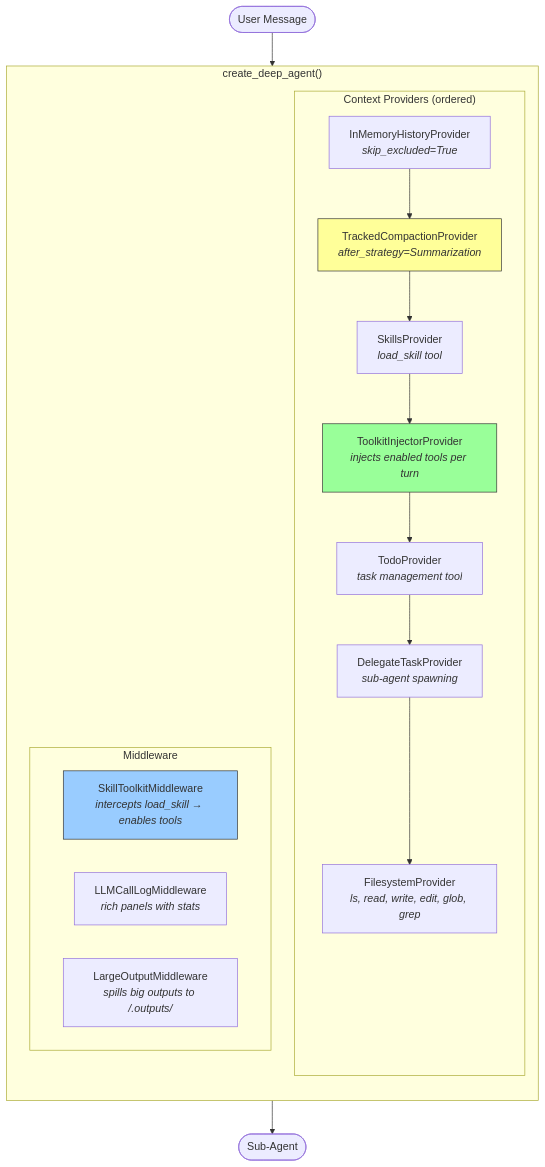
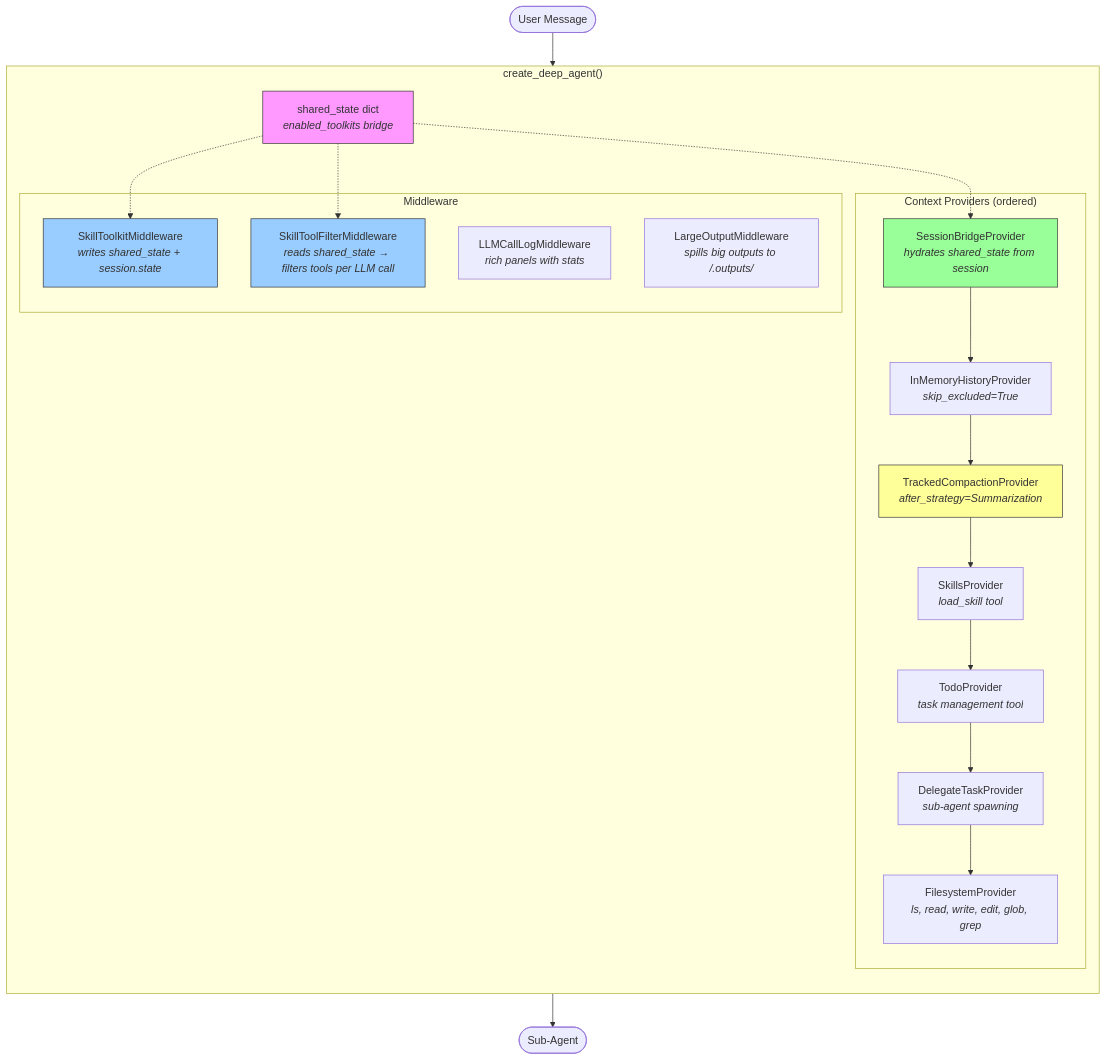
Before and after one commit to manishdighore/maf-deep-agent: the first of 5 diagrams in README.md, drawn with Mermaid. The commit also changed other lines of this file and 13 other files, not shown here.

````diff
--- a/README.md
+++ b/README.md
@@ -65,31 +65,39 @@
 ```mermaid
 graph TB
     subgraph "create_deep_agent()"
         direction TB
 
+        SD["shared_state dict<br/><i>enabled_toolkits bridge</i>"]
+
         subgraph providers ["Context Providers (ordered)"]
+            SB["SessionBridgeProvider<br/><i>hydrates shared_state from session</i>"]
             H["InMemoryHistoryProvider<br/><i>skip_excluded=True</i>"]
             C["TrackedCompactionProvider<br/><i>after_strategy=Summarization</i>"]
             S["SkillsProvider<br/><i>load_skill tool</i>"]
-            TI["ToolkitInjectorProvider<br/><i>injects enabled tools per turn</i>"]
             T["TodoProvider<br/><i>task management tool</i>"]
             D["DelegateTaskProvider<br/><i>sub-agent spawning</i>"]
             FS["FilesystemProvider<br/><i>ls, read, write, edit, glob, grep</i>"]
         end
 
         subgraph middleware ["Middleware"]
-            SM["SkillToolkitMiddleware<br/><i>intercepts load_skill → enables tools</i>"]
+            SM["SkillToolkitMiddleware<br/><i>writes shared_state + session.state</i>"]
+            SF["SkillToolFilterMiddleware<br/><i>reads shared_state → filters tools per LLM call</i>"]
             LM["LLMCallLogMiddleware<br/><i>rich panels with stats</i>"]
             LO["LargeOutputMiddleware<br/><i>spills big outputs to /.outputs/</i>"]
         end
 
-        H --> C --> S --> TI --> T --> D --> FS
+        SB --> H --> C --> S --> T --> D --> FS
+        SD -.-> SB
+        SD -.-> SM
+        SD -.-> SF
     end
 
-    User([User Message]) --> H
+    User([User Message]) --> SB
     D --> Child([Sub-Agent])
 
     style C fill:#ff9,stroke:#333
-    style TI fill:#9f9,stroke:#333
+    style SD fill:#f9f,stroke:#333
     style SM fill:#9cf,stroke:#333
+    style SF fill:#9cf,stroke:#333
+    style SB fill:#9f9,stroke:#333
 ```
````
